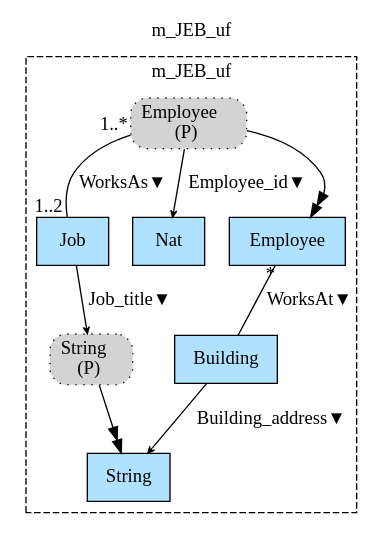
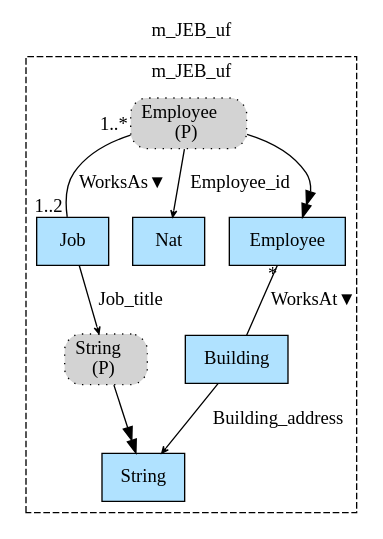
Before and after one commit to namalio/Fragmenta: the diagram in Haskell/FragmentaTests/Job_Employee_Building/img/m_JEB_uf.gv, drawn with Graphviz. The commit also changed 25 other files, not shown here.

```diff
--- a/Haskell/FragmentaTests/Job_Employee_Building/img/m_JEB_uf.gv
+++ b/Haskell/FragmentaTests/Job_Employee_Building/img/m_JEB_uf.gv
@@ -1,20 +1,20 @@
 digraph {graph[label=m_JEB_uf,labelloc=tl,labelfontsize=12];
 subgraph cluster_m_JEB_uf{style=dashed;label=m_JEB_uf;
 "Job"[shape=record,fillcolor=lightskyblue1,style = filled,label="Job"];
+"Nat"[shape=record,fillcolor=lightskyblue1,style = filled,label="Nat"];
+"PEmployee"[shape=box,fillcolor=lightgray,style ="rounded,filled,dotted",label=<Employee<br/>(P)>];
 "PString"[shape=box,fillcolor=lightgray,style ="rounded,filled,dotted",label=<String<br/>(P)>];
-"PEmployee"[shape=box,fillcolor=lightgray,style ="rounded,filled,dotted",label=<Employee<br/>(P)>];
-"Nat"[shape=record,fillcolor=lightskyblue1,style = filled,label="Nat"];
+"String"[shape=record,fillcolor=lightskyblue1,style = filled,label="String"];
+"Building"[shape=record,fillcolor=lightskyblue1,style = filled,label="Building"];
 "Employee"[shape=record,fillcolor=lightskyblue1,style = filled,label="Employee"];
-"Building"[shape=record,fillcolor=lightskyblue1,style = filled,label="Building"];
-"String"[shape=record,fillcolor=lightskyblue1,style = filled,label="String"];
 
 "PEmployee"->"Job"[label="WorksAs▼",dir=none,taillabel="1..*",headlabel="1..2"];
-"Job"->"PString"[label="Job_title▼",arrowhead=vee,headlabel="",arrowsize=.5];
-"PEmployee"->"Nat"[label="Employee_id▼",arrowhead=vee,headlabel="",arrowsize=.5];
+"Job"->"PString"[label="Job_title",arrowhead=vee,headlabel="",arrowsize=.5];
+"PEmployee"->"Nat"[label="Employee_id",arrowhead=vee,headlabel="",arrowsize=.5];
+"Building"->"String"[label="Building_address",arrowhead=vee,headlabel="",arrowsize=.5];
 "Employee"->"Building"[label="WorksAt▼",dir=none,taillabel="*",headlabel=""];
-"Building"->"String"[label="Building_address▼",arrowhead=vee,headlabel="",arrowsize=.5];
 
 }
 "PEmployee"->"Employee"[arrowhead=normalnormal];
 "PString"->"String"[arrowhead=normalnormal];
 }
```
